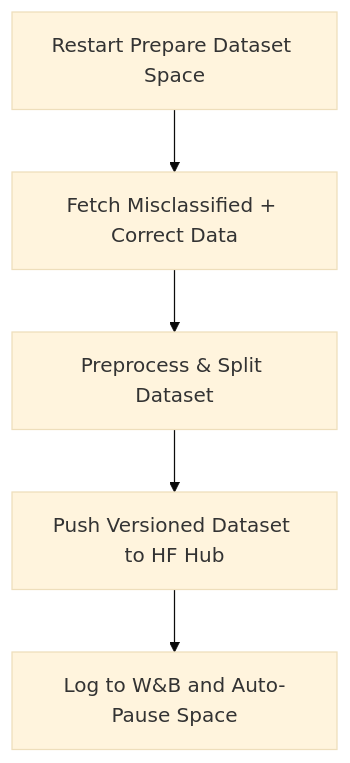
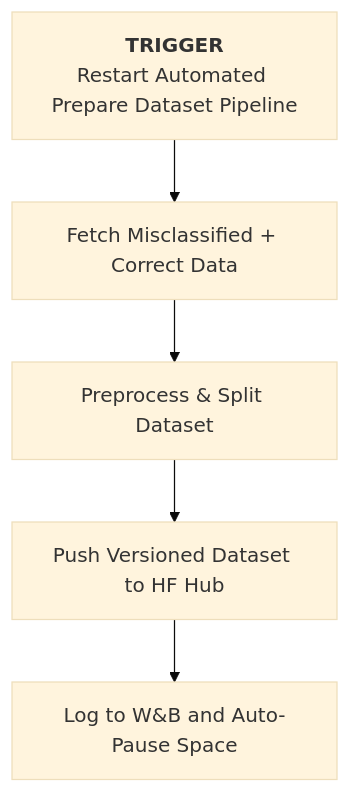
The first of 2 diagrams in README.md (fuseai-fellowship/Sambodhan-AI-Powered-Grievance-Redressal-System-for-Local-Governance), drawn with Mermaid (base theme) before and after one commit.

Commit message:
feat: update workflow trigger in README.md for prepare dataset

````diff
--- a/README.md
+++ b/README.md
@@ -158,7 +158,7 @@
 ```mermaid
 flowchart TD
-    A["Restart Prepare Dataset Space"] --> B["Fetch Misclassified + Correct Data"]
+    A["<b>TRIGGER</b><br>Restart Automated Prepare Dataset Pipeline"] --> B["Fetch Misclassified + Correct Data"]
     B --> C["Preprocess & Split Dataset"]
     C --> D["Push Versioned Dataset to HF Hub"]
     D --> E["Log to W&B and Auto-Pause Space"]
 ```
````
